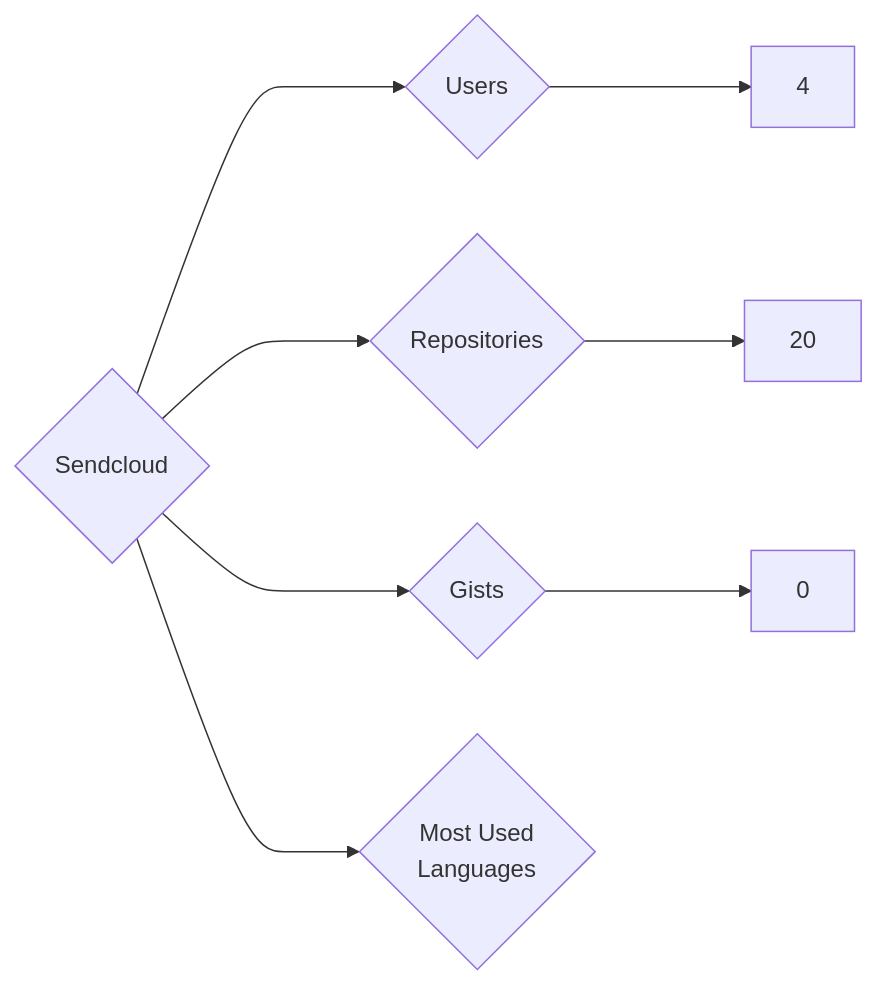
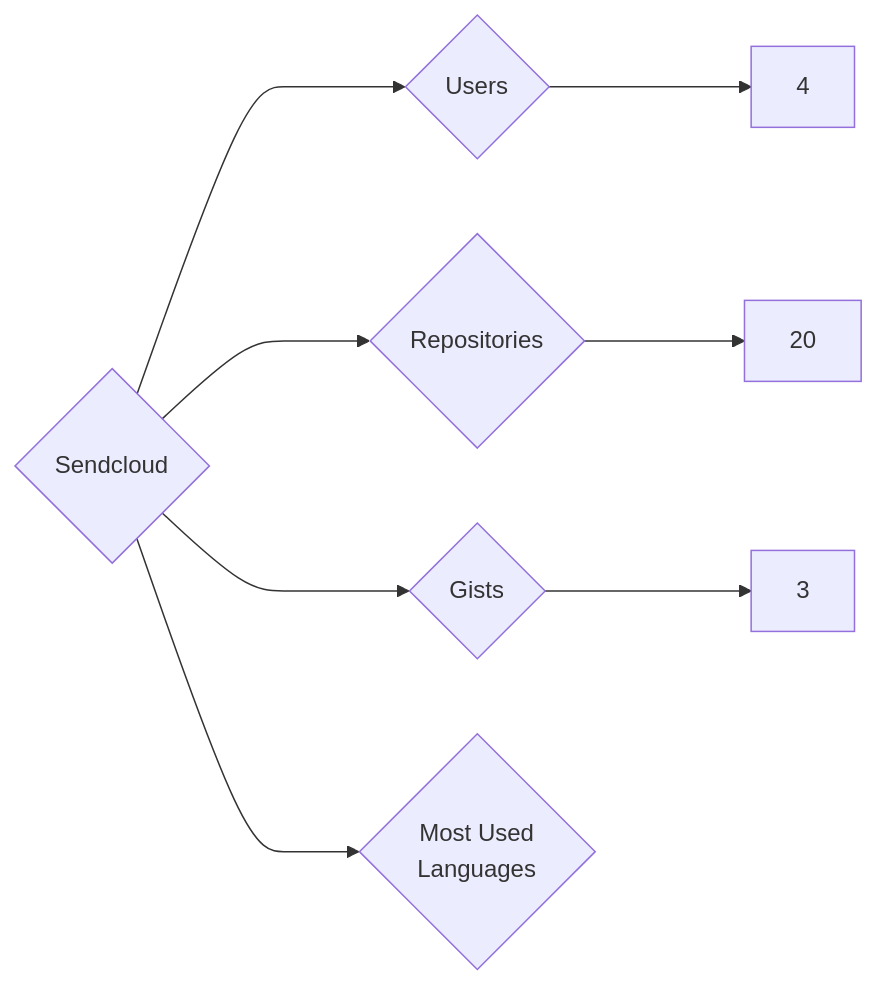
One commit to nenadzaric/insiders changed the diagram in targets/Sendcloud/README.md. Above: the diagram before and after it, drawn with Mermaid. The commit also changed 1342 other files, not shown here.

````diff
--- a/targets/Sendcloud/README.md
+++ b/targets/Sendcloud/README.md
@@ -3,8 +3,8 @@
 ```mermaid
 graph LR
 COMPANY_NAME{Sendcloud}
 COMPANY_NAME ---> U{Users} ---> UN[4]
 COMPANY_NAME ---> R{Repositories} ---> RN[20]
-COMPANY_NAME ---> G{Gists} ---> GN[0]
+COMPANY_NAME ---> G{Gists} ---> GN[3]
 COMPANY_NAME ---> ML{Most Used<br>Languages}
 ```
````
